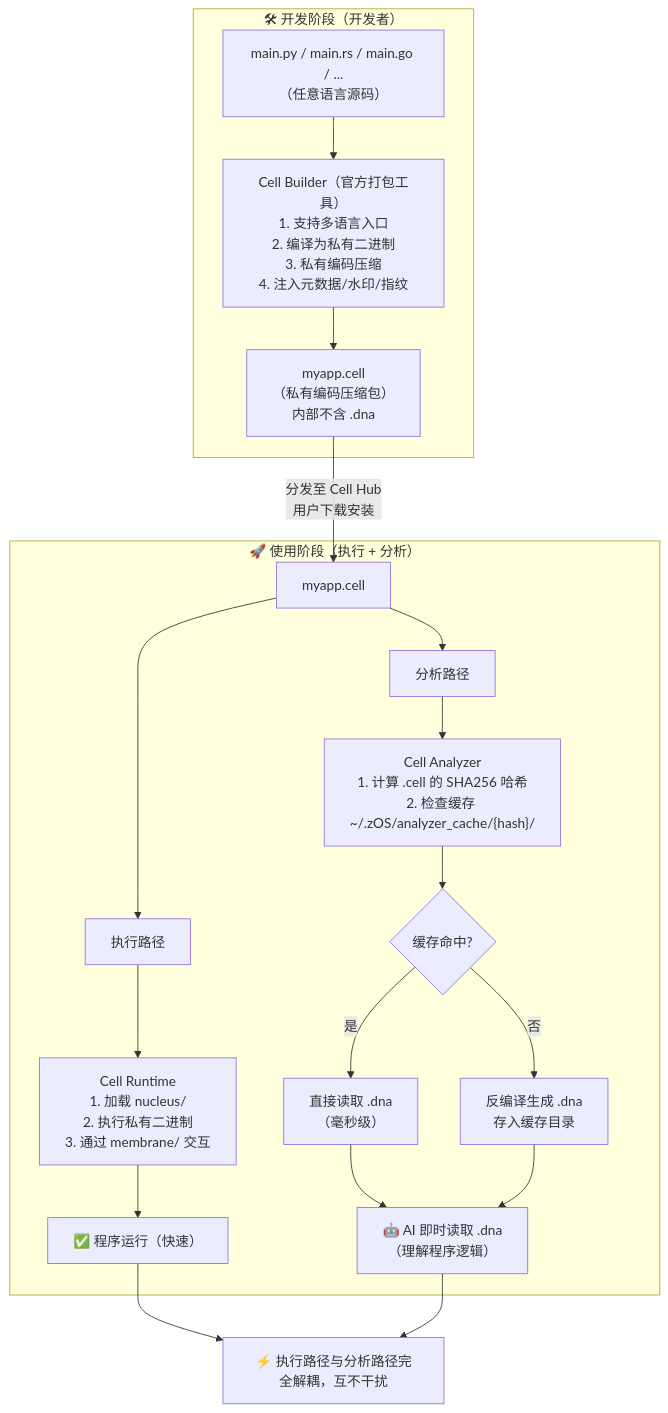
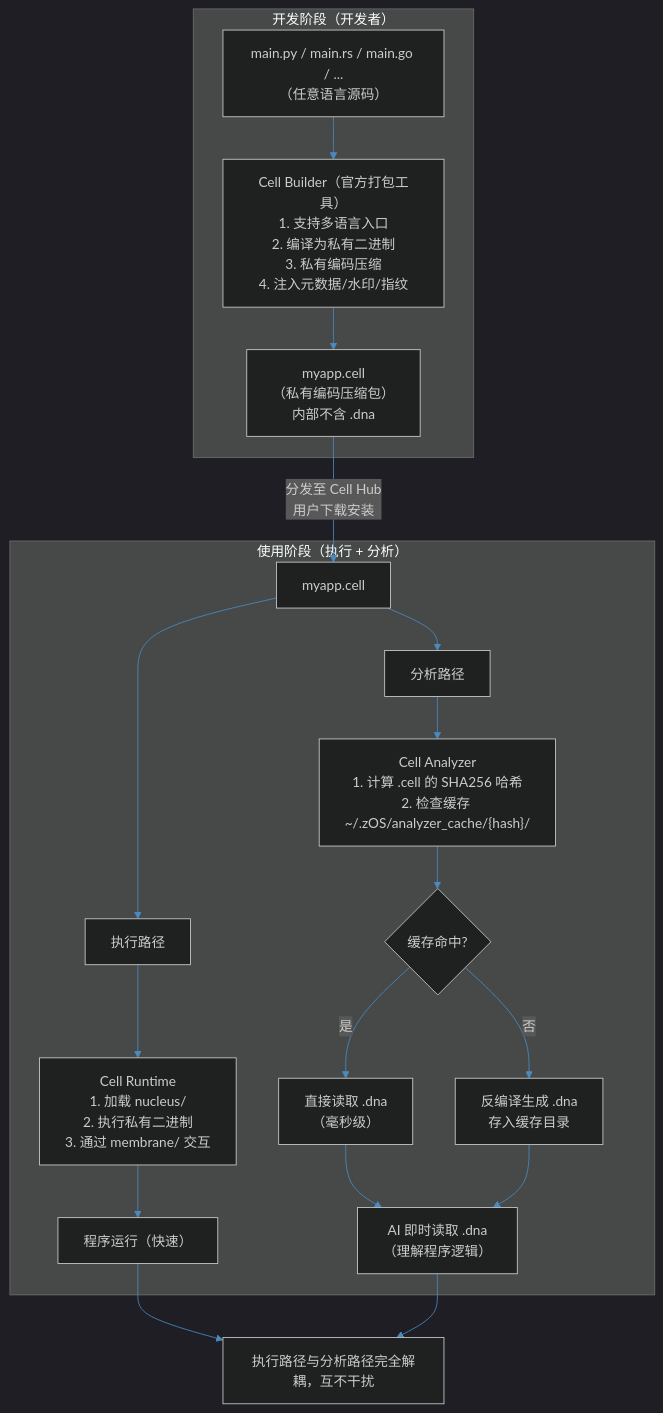
One commit to Zhou-39/zOS changed the third of 3 diagrams in README.md. Above: the diagram before and after it, drawn with Mermaid. The commit also changed other lines of this file, not shown here.

````diff
--- a/README.md
+++ b/README.md
@@ -184,30 +423,31 @@
 ```mermaid
+%%{init: {'theme': 'dark', 'themeVariables': {'primaryColor': '#1a3a5e', 'primaryTextColor': '#e0e0e0', 'primaryBorderColor': '#2d6a9f', 'lineColor': '#4a8abf', 'secondaryColor': '#16213e', 'secondaryTextColor': '#d0d0d0', 'tertiaryColor': '#0f3460', 'tertiaryTextColor': '#c8c8c8', 'noteBkgColor': '#1a2a4a', 'noteTextColor': '#e8e8e8', 'actorBkg': '#1a3a5e', 'actorBorder': '#2d6a9f', 'actorTextColor': '#e8e8e8', 'actorLineColor': '#4a8abf', 'messageTextColor': '#e0e0e0', 'messageLineColor': '#4a8abf', 'activationBkgColor': '#16213e', 'activationBorderColor': '#2d6a9f', 'sequenceNumberColor': '#6a8abf'}}}%%
 flowchart TD
-    subgraph DEV["🛠 开发阶段（开发者）"]
+    subgraph DEV["开发阶段（开发者）"]
         SRC["main.py / main.rs / main.go / ...<br>（任意语言源码）"]
         BUILDER["Cell Builder（官方打包工具）<br>1. 支持多语言入口<br>2. 编译为私有二进制<br>3. 私有编码压缩<br>4. 注入元数据/水印/指纹"]
         CELL["myapp.cell<br>（私有编码压缩包）<br>内部不含 .dna"]
-        
+
         SRC --> BUILDER --> CELL
     end
 
     CELL -->|"分发至 Cell Hub<br>用户下载安装"| APP["myapp.cell"]
 
-    subgraph USE["🚀 使用阶段（执行 + 分析）"]
+    subgraph USE["使用阶段（执行 + 分析）"]
         APP --> EXEC_PATH["执行路径"]
         APP --> ANALYZE_PATH["分析路径"]
 
         EXEC_PATH --> RUNTIME["Cell Runtime<br>1. 加载 nucleus/<br>2. 执行私有二进制<br>3. 通过 membrane/ 交互"]
-        RUNTIME --> RESULT["✅ 程序运行（快速）"]
+        RUNTIME --> RESULT["程序运行（快速）"]
 
         ANALYZE_PATH --> ANALYZER["Cell Analyzer<br>1. 计算 .cell 的 SHA256 哈希<br>2. 检查缓存 ~/.zOS/analyzer_cache/{hash}/"]
         ANALYZER --> CACHE{缓存命中?}
         CACHE -->|是| READ["直接读取 .dna<br>（毫秒级）"]
         CACHE -->|否| GEN["反编译生成 .dna<br>存入缓存目录"]
-        READ --> AI["🤖 AI 即时读取 .dna<br>（理解程序逻辑）"]
+        READ --> AI["AI 即时读取 .dna<br>（理解程序逻辑）"]
         GEN --> AI
     end
 
-    RESULT --> DECOUPLING["⚡ 执行路径与分析路径完全解耦，互不干扰"]
+    RESULT --> DECOUPLING["执行路径与分析路径完全解耦，互不干扰"]
     AI --> DECOUPLING
 ```
````
